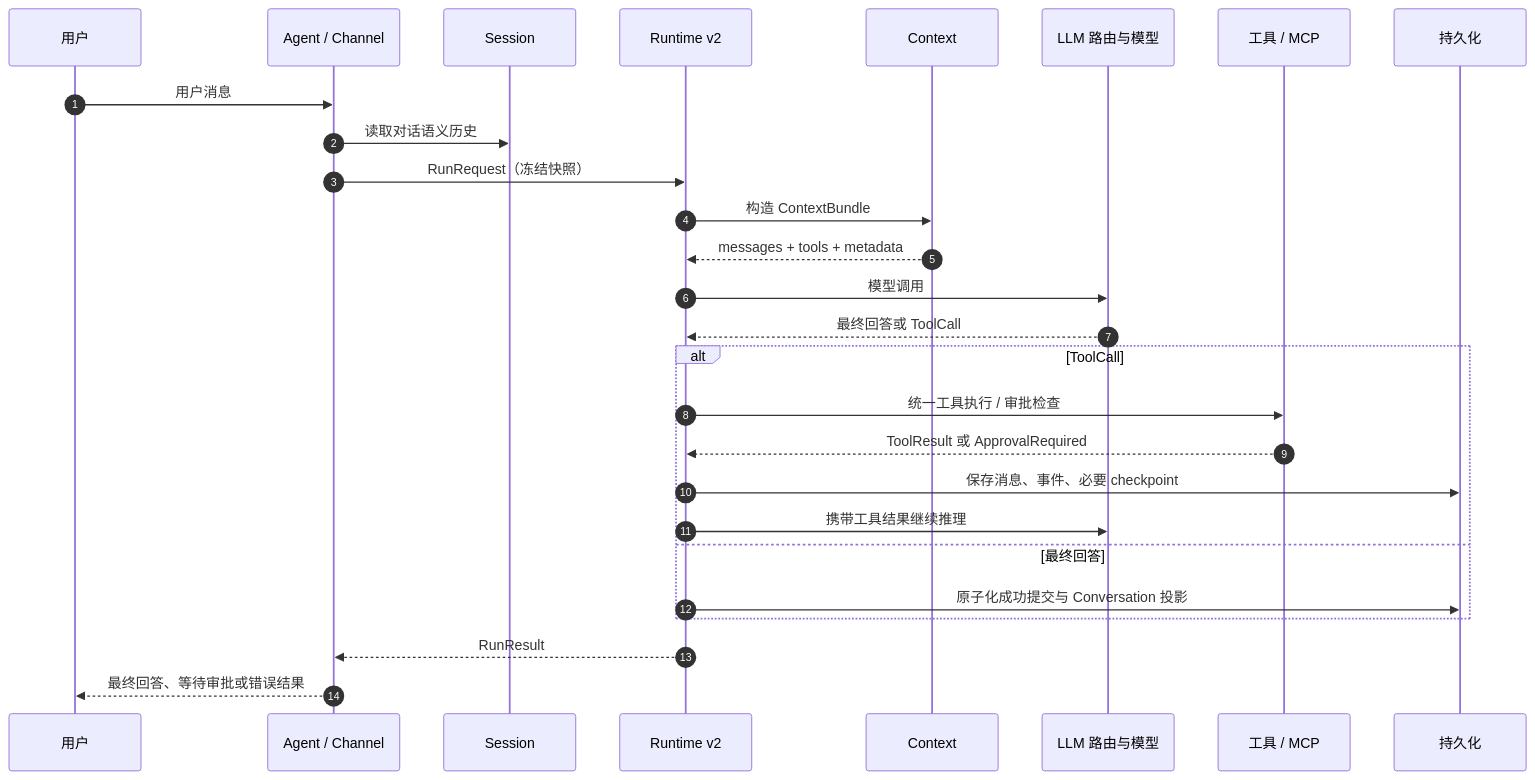
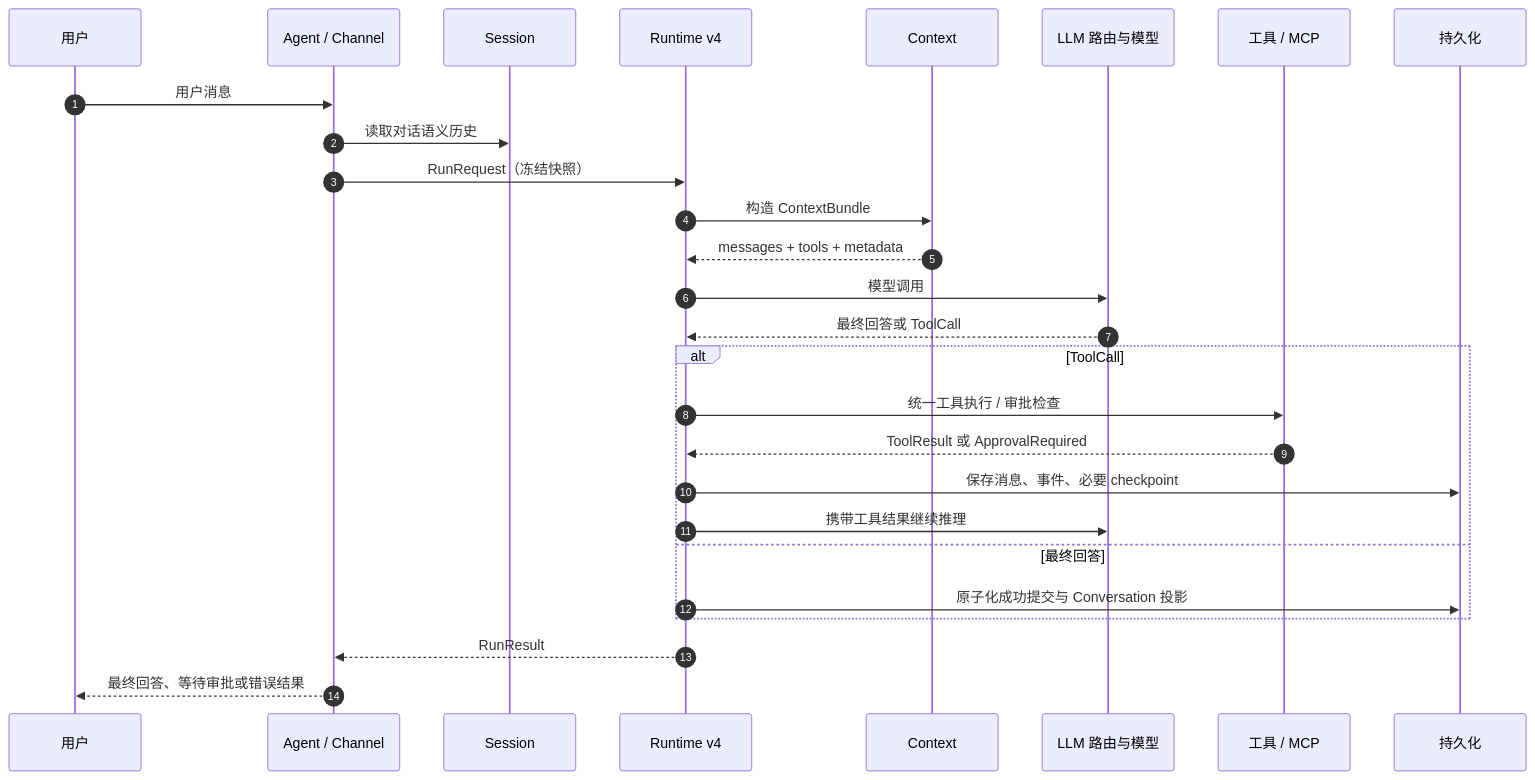
The third of 7 diagrams in README.md (aandbcct/dotClaw), drawn with Mermaid before and after one commit. The commit also changed other lines of this file and 3 other files, not shown here.

````diff
--- a/README.md
+++ b/README.md
@@ -111,30 +113,30 @@
 ```mermaid
 sequenceDiagram
     autonumber
     participant U as 用户
     participant A as Agent / Channel
     participant S as Session
-    participant R as Runtime v2
+    participant R as Runtime v4
     participant C as Context
     participant L as LLM 路由与模型
     participant T as 工具 / MCP
     participant P as 持久化
 
     U->>A: 用户消息
     A->>S: 读取对话语义历史
     A->>R: RunRequest（冻结快照）
     R->>C: 构造 ContextBundle
     C-->>R: messages + tools + metadata
     R->>L: 模型调用
     L-->>R: 最终回答或 ToolCall
     alt ToolCall
         R->>T: 统一工具执行 / 审批检查
         T-->>R: ToolResult 或 ApprovalRequired
         R->>P: 保存消息、事件、必要 checkpoint
         R->>L: 携带工具结果继续推理
     else 最终回答
         R->>P: 原子化成功提交与 Conversation 投影
     end
     R-->>A: RunResult
     A-->>U: 最终回答、等待审批或错误结果
 ```
````
